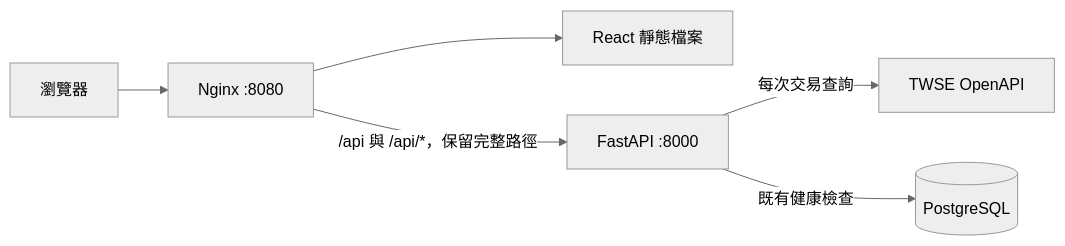
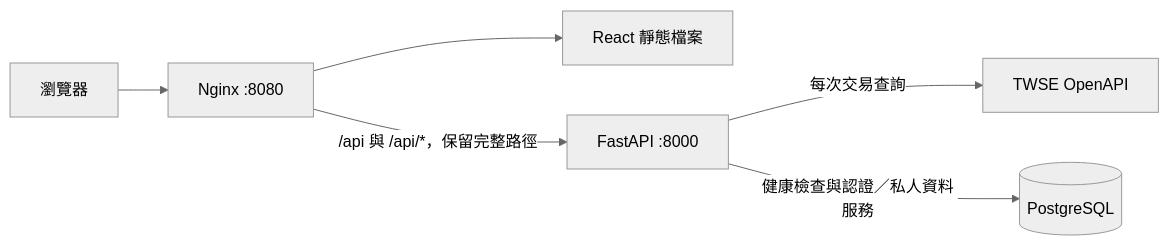
The diagram in README.md (tw-stock-analysis/tw-stock-backend), drawn with Mermaid (neutral theme) before and after one commit. The commit also changed other lines of this file and 26 other files, not shown here.

````diff
--- a/README.md
+++ b/README.md
@@ -81,8 +97,8 @@
 ```mermaid
 flowchart LR
     Browser[瀏覽器] --> Nginx[Nginx :8080]
     Nginx --> Static[React 靜態檔案]
     Nginx -->|/api 與 /api/*，保留完整路徑| API[FastAPI :8000]
     API -->|每次交易查詢| TWSE[TWSE OpenAPI]
-    API -->|既有健康檢查| DB[(PostgreSQL)]
+    API -->|健康檢查與認證／私人資料服務| DB[(PostgreSQL)]
 ```
````
